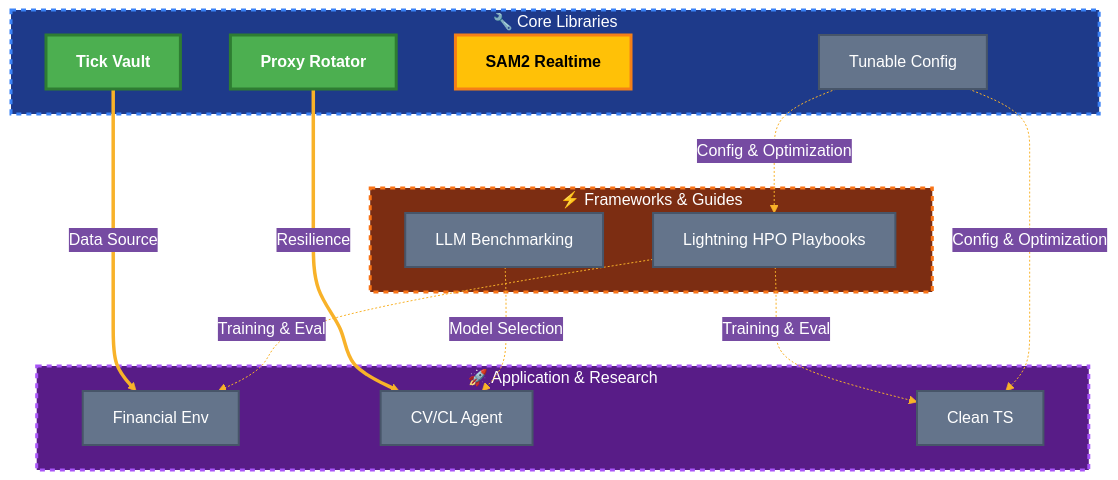
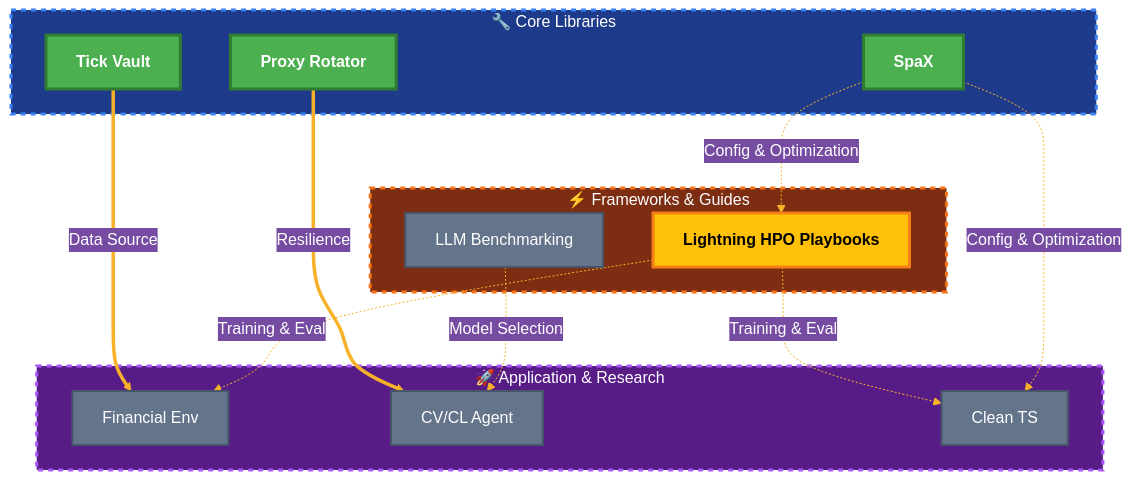
One commit to keyhankamyar/keyhankamyar changed the diagram in README.md. Above: the diagram before and after it, drawn with Mermaid. The commit also changed other lines of this file, not shown here.

Commit message:
docs: update profile - remove SAM2, add shipped SpaX project

````diff
--- a/README.md
+++ b/README.md
@@ -102,40 +102,39 @@
 ```mermaid
 %%{init: {'theme':'base', 'themeVariables': { 'primaryColor':'#667eea','primaryTextColor':'#fff','primaryBorderColor':'#7C4DFF','lineColor':'#F8B229','secondaryColor':'#764ba2','tertiaryColor':'#1e3a8a','background':'#0f172a','mainBkg':'#1e293b','secondaryBkg':'#334155','tertiaryBkg':'#475569','textColor':'#f1f5f9','fontSize':'16px','fontFamily':'ui-monospace'}}}%%
 graph TD
     subgraph CoreLib["🔧 Core Libraries"]
         A[Proxy Rotator]:::shipped
         B[Tick Vault]:::shipped
-        C[SAM2 Realtime]:::polishing
-        D[Tunable Config]:::planned
+        C[SpaX]:::shipped
     end
 
     subgraph Frameworks["⚡ Frameworks & Guides"]
-        E[Lightning HPO Playbooks]:::planned
-        F[LLM Benchmarking]:::planned
+        D[Lightning HPO Playbooks]:::polishing
+        E[LLM Benchmarking]:::planned
     end
 
     subgraph Applications["🚀 Application & Research"]
-        G[Financial Env]:::planned
-        H[CV/CL Agent]:::planned
-        I[Clean TS]:::planned
+        F[Financial Env]:::planned
+        G[CV/CL Agent]:::planned
+        H[Clean TS]:::planned
     end
 
-    D -.->|Config & Optimization| E
-    D -.->|Config & Optimization| I
+    C -.->|Config & Optimization| D
+    C -.->|Config & Optimization| H
 
-    E -.->|Training & Eval| I
-    E -.->|Training & Eval| G
+    D -.->|Training & Eval| H
+    D -.->|Training & Eval| F
 
-    F -.->|Model Selection| H
+    E -.->|Model Selection| G
 
-    A ==>|Resilience| H
-    B ==>|Data Source| G
+    A ==>|Resilience| G
+    B ==>|Data Source| F
     
     classDef shipped fill:#4CAF50,stroke:#2E7D32,stroke-width:3px,color:#fff,font-weight:bold
     classDef polishing fill:#FFC107,stroke:#F57F17,stroke-width:3px,color:#000,font-weight:bold
     classDef planned fill:#64748b,stroke:#475569,stroke-width:2px,color:#fff
     
     style CoreLib fill:#1e3a8a,stroke:#3b82f6,stroke-width:3px,color:#fff,stroke-dasharray: 5 5
     style Frameworks fill:#7c2d12,stroke:#f97316,stroke-width:3px,color:#fff,stroke-dasharray: 5 5
     style Applications fill:#581c87,stroke:#a855f7,stroke-width:3px,color:#fff,stroke-dasharray: 5 5
 ```
````
